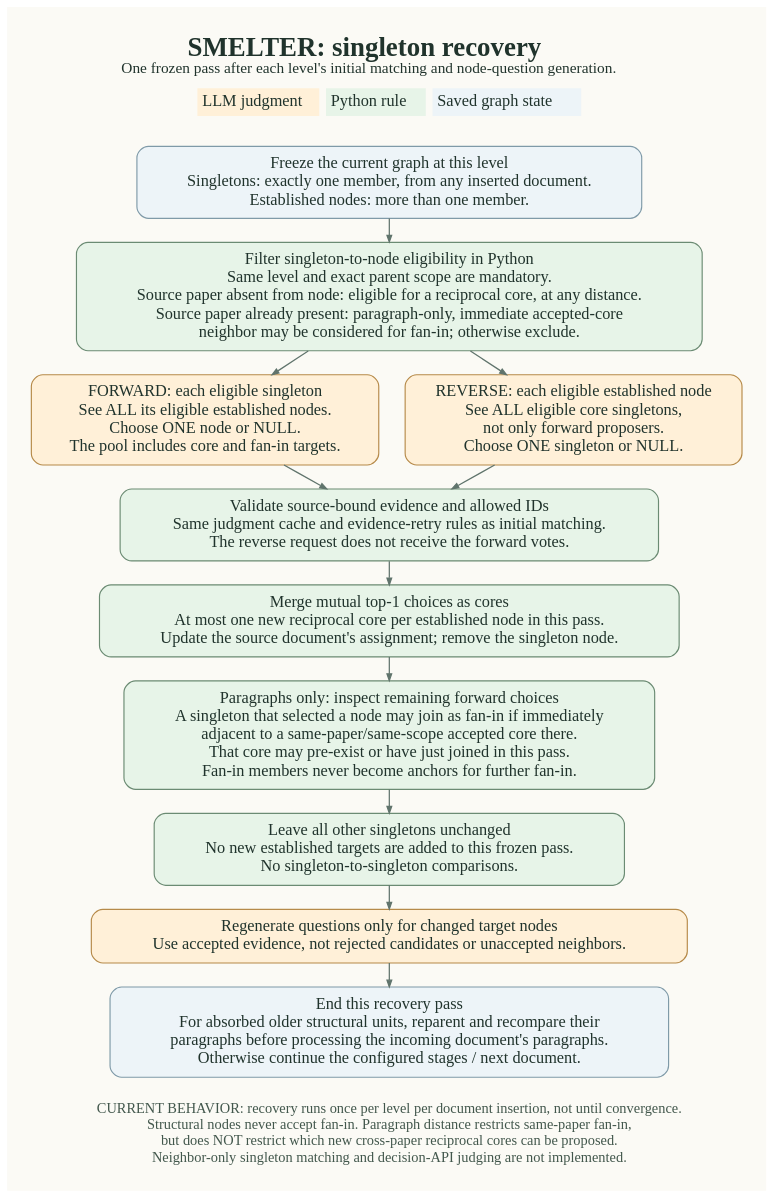
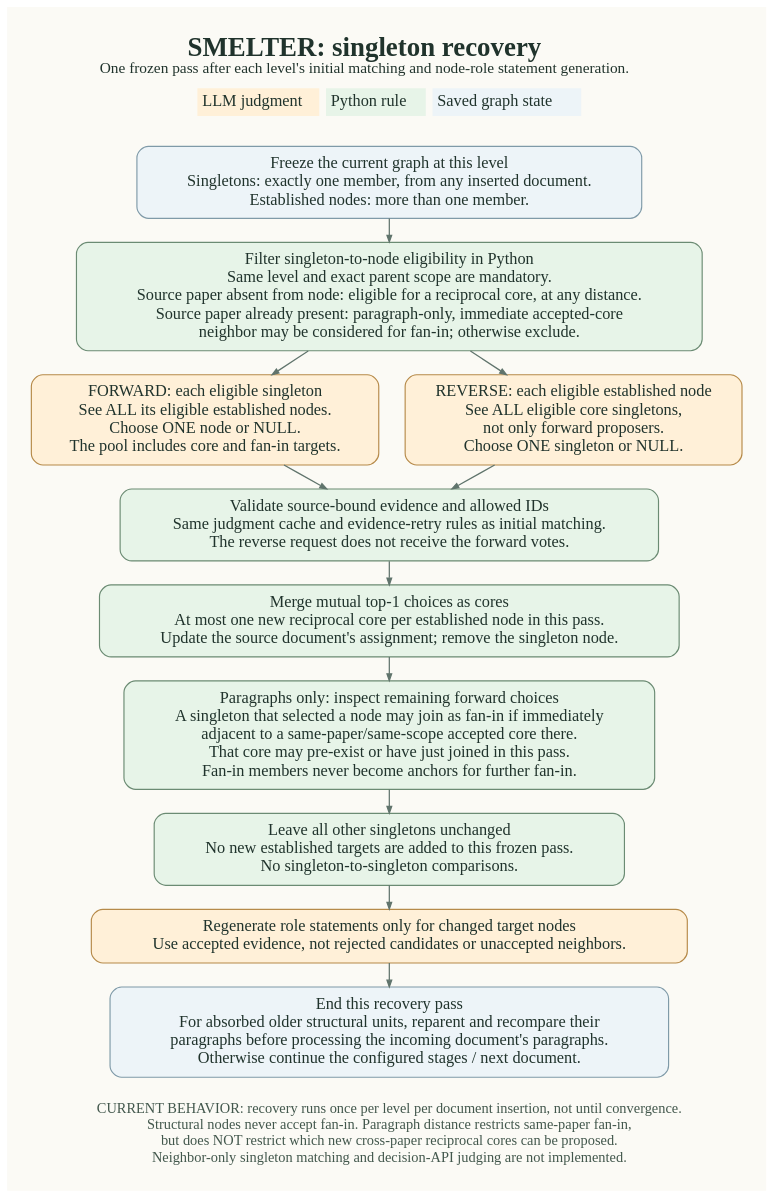
One commit to GraceGSy/SME-prototype changed the diagram in docs/diagrams/singleton-recovery.dot. Above: the diagram before and after it, drawn with Graphviz. The commit also changed 112 other files, not shown here.

Commit message:
Question statement to role statement

```diff
--- a/docs/diagrams/singleton-recovery.dot
+++ b/docs/diagrams/singleton-recovery.dot
@@ -1,41 +1,41 @@
 digraph Recovery {
   graph [rankdir=TB, bgcolor="#fbfaf5", pad=0.35, nodesep=0.38, ranksep=0.35,
          splines=polyline, fontname="Georgia", fontcolor="#20332c", labelloc=t,
          label=<<FONT POINT-SIZE="28"><B>SMELTER: singleton recovery</B></FONT><BR/>
-                <FONT FACE="Calibri" POINT-SIZE="16">One frozen pass after each level's initial matching and node-question generation.</FONT>>];
+                <FONT FACE="Calibri" POINT-SIZE="16">One frozen pass after each level's initial matching and node-role statement generation.</FONT>>];
   node [shape=box, style="rounded,filled", fillcolor="#e7f4e8", color="#6b8b73",
         fontname="Calibri", fontsize=17, fontcolor="#20332c", margin="0.20,0.13", penwidth=1.2];
   edge [color="#60746c", arrowsize=0.7, penwidth=1.3, fontname="Calibri", fontsize=14,
         fontcolor="#384d43"];
 
   legend [shape=plain, style="", label=<<TABLE BORDER="0" CELLBORDER="0" CELLSPACING="7" CELLPADDING="5">
     <TR><TD BGCOLOR="#fff0d8">LLM judgment</TD><TD BGCOLOR="#e7f4e8">Python rule</TD><TD BGCOLOR="#edf4f8">Saved graph state</TD></TR>
   </TABLE>>];
   snapshot [fillcolor="#edf4f8", color="#7f9aa8",
             label="Freeze the current graph at this level\nSingletons: exactly one member, from any inserted document.\nEstablished nodes: more than one member."];
   eligibility [label="Filter singleton-to-node eligibility in Python\nSame level and exact parent scope are mandatory.\nSource paper absent from node: eligible for a reciprocal core, at any distance.\nSource paper already present: paragraph-only, immediate accepted-core\nneighbor may be considered for fan-in; otherwise exclude."];
   forward [fillcolor="#fff0d8", color="#b68a49",
            label="FORWARD: each eligible singleton\nSee ALL its eligible established nodes.\nChoose ONE node or NULL.\nThe pool includes core and fan-in targets."];
   reverse [fillcolor="#fff0d8", color="#b68a49",
            label="REVERSE: each eligible established node\nSee ALL eligible core singletons,\nnot only forward proposers.\nChoose ONE singleton or NULL."];
   validate [label="Validate source-bound evidence and allowed IDs\nSame judgment cache and evidence-retry rules as initial matching.\nThe reverse request does not receive the forward votes."];
   core [label="Merge mutual top-1 choices as cores\nAt most one new reciprocal core per established node in this pass.\nUpdate the source document's assignment; remove the singleton node."];
   fanin [label="Paragraphs only: inspect remaining forward choices\nA singleton that selected a node may join as fan-in if immediately\nadjacent to a same-paper/same-scope accepted core there.\nThat core may pre-exist or have just joined in this pass.\nFan-in members never become anchors for further fan-in."];
   remaining [label="Leave all other singletons unchanged\nNo new established targets are added to this frozen pass.\nNo singleton-to-singleton comparisons."];
-  questions [fillcolor="#fff0d8", color="#b68a49",
-             label="Regenerate questions only for changed target nodes\nUse accepted evidence, not rejected candidates or unaccepted neighbors."];
+  labels [fillcolor="#fff0d8", color="#b68a49",
+             label="Regenerate role statements only for changed target nodes\nUse accepted evidence, not rejected candidates or unaccepted neighbors."];
   finish [fillcolor="#edf4f8", color="#7f9aa8",
           label="End this recovery pass\nFor absorbed older structural units, reparent and recompare their\nparagraphs before processing the incoming document's paragraphs.\nOtherwise continue the configured stages / next document."];
   notes [shape=plain, style="", fontname="Calibri", fontsize=15, fontcolor="#42574c",
          label="CURRENT BEHAVIOR: recovery runs once per level per document insertion, not until convergence.\nStructural nodes never accept fan-in. Paragraph distance restricts same-paper fan-in,\nbut does NOT restrict which new cross-paper reciprocal cores can be proposed.\nNeighbor-only singleton matching and decision-API judging are not implemented."];
 
   legend -> snapshot [style=invis];
   snapshot -> eligibility;
   eligibility -> forward;
   eligibility -> reverse;
   {rank=same; forward; reverse;}
   forward -> validate;
   reverse -> validate;
-  validate -> core -> fanin -> remaining -> questions -> finish;
+  validate -> core -> fanin -> remaining -> labels -> finish;
   finish -> notes [style=invis];
 }
```
